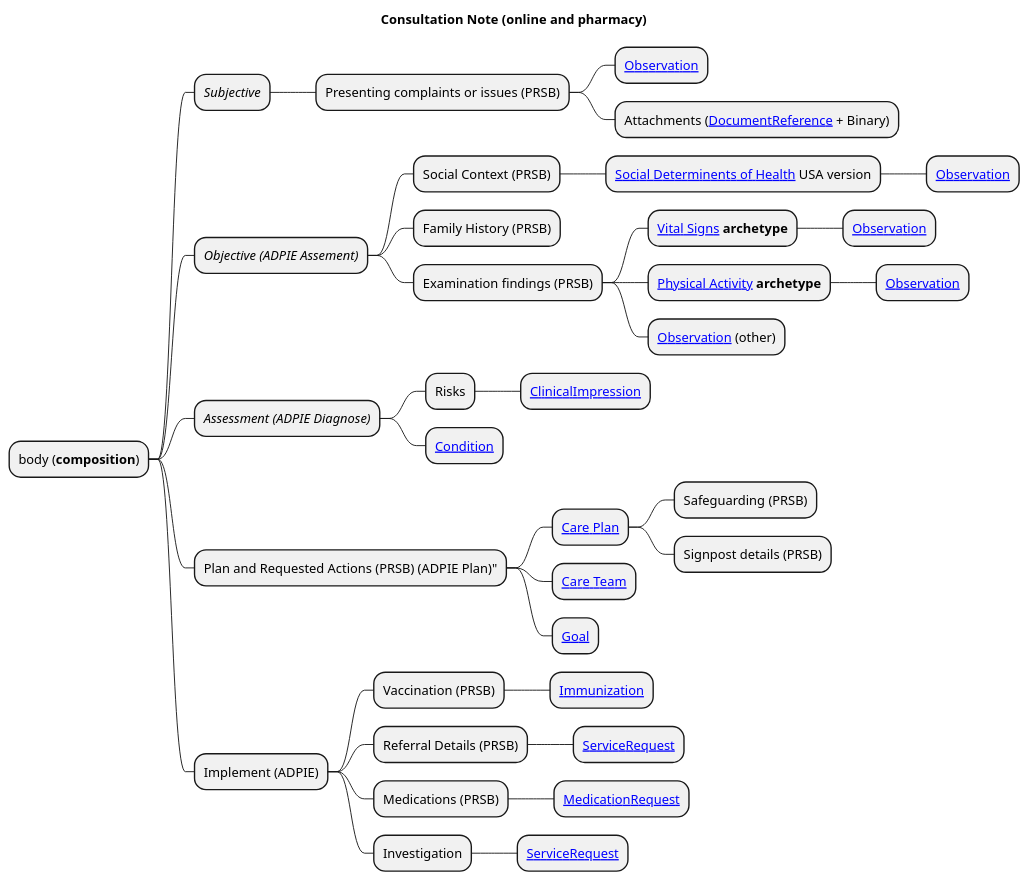
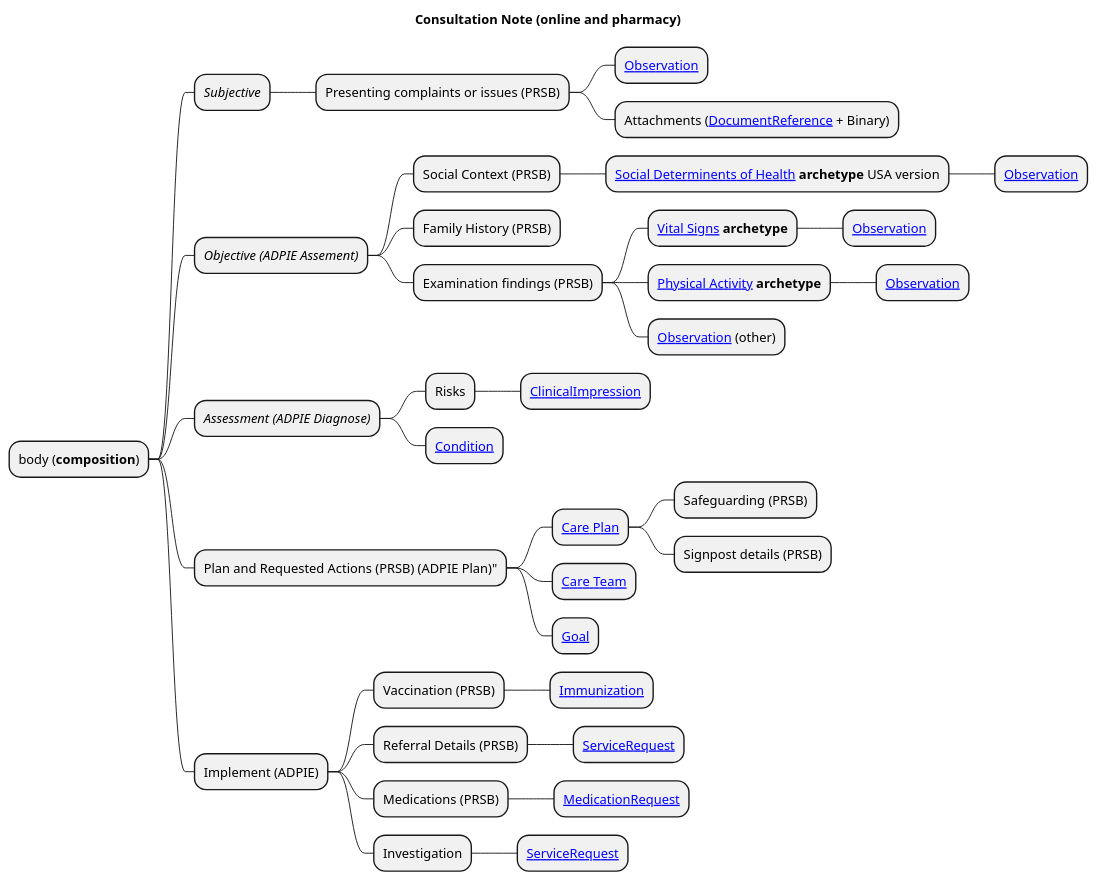
Before and after one commit to Virtually-Healthcare/virtually-healthcare.github.com: the diagram in input/images-source/consultation-note-mindmap.plantuml, drawn with PlantUML.

Commit message:
Added procedure

```diff
--- a/input/images-source/consultation-note-mindmap.plantuml
+++ b/input/images-source/consultation-note-mindmap.plantuml
@@ -1,41 +1,41 @@
 @startmindmap
 
 title "Consultation Note (online and pharmacy)"
 
 * body (**composition**)
 ** <i>Subjective</i>
 *** Presenting complaints or issues (PRSB)
 **** [[StructureDefinition-Observation.html Observation]]
 **** Attachments ([[StructureDefinition-DocumentReference.html DocumentReference]] + Binary)
 ** <i>Objective (ADPIE Assement)</i>
 *** Social Context (PRSB)
-**** [[https://build.fhir.org/ig/HL7/fhir-sdoh-clinicalcare/ Social Determinents of Health]] USA version
+**** [[https://build.fhir.org/ig/HL7/fhir-sdoh-clinicalcare/ Social Determinents of Health]] <b>archetype</b> USA version
 ***** [[StructureDefinition-Observation.html Observation]]
 *** Family History (PRSB)
 *** Examination findings (PRSB)
 **** [[assessments-and-observations.html#vital-signs Vital Signs]] <b>archetype</b>
 ***** [[StructureDefinition-Observation.html Observation]]
 **** [[assessments-and-observations.html#daily-physical-activity Physical Activity]] <b>archetype</b>
 ***** [[StructureDefinition-Observation.html Observation]]
 **** [[StructureDefinition-Observation.html Observation]] (other)
 ** <i>Assessment (ADPIE Diagnose)</i>
 *** Risks
 **** [[StructureDefinition-ClinicalImpression.html ClinicalImpression]]
 *** [[StructureDefinition-Condition.html Condition]]
 ** Plan and Requested Actions (PRSB) (ADPIE Plan)"
 *** [[StructureDefinition-CarePlan.html Care Plan]]
 **** Safeguarding (PRSB)
 **** Signpost details (PRSB)
 *** [[StructureDefinition-CareTeam.html Care Team]]
 *** [[StructureDefinition-Goal.html Goal]]
 ** Implement (ADPIE)
 *** Vaccination (PRSB)
 **** [[StructureDefinition-Immunization.html Immunization]]
 *** Referral Details (PRSB)
 **** [[StructureDefinition-ServiceRequest.html ServiceRequest]]
 *** Medications (PRSB)
 **** [[StructureDefinition-MedicationRequest.html MedicationRequest]]
 *** Investigation
 **** [[StructureDefinition-ServiceRequest.html ServiceRequest]]
 
 @endmindmap
```
